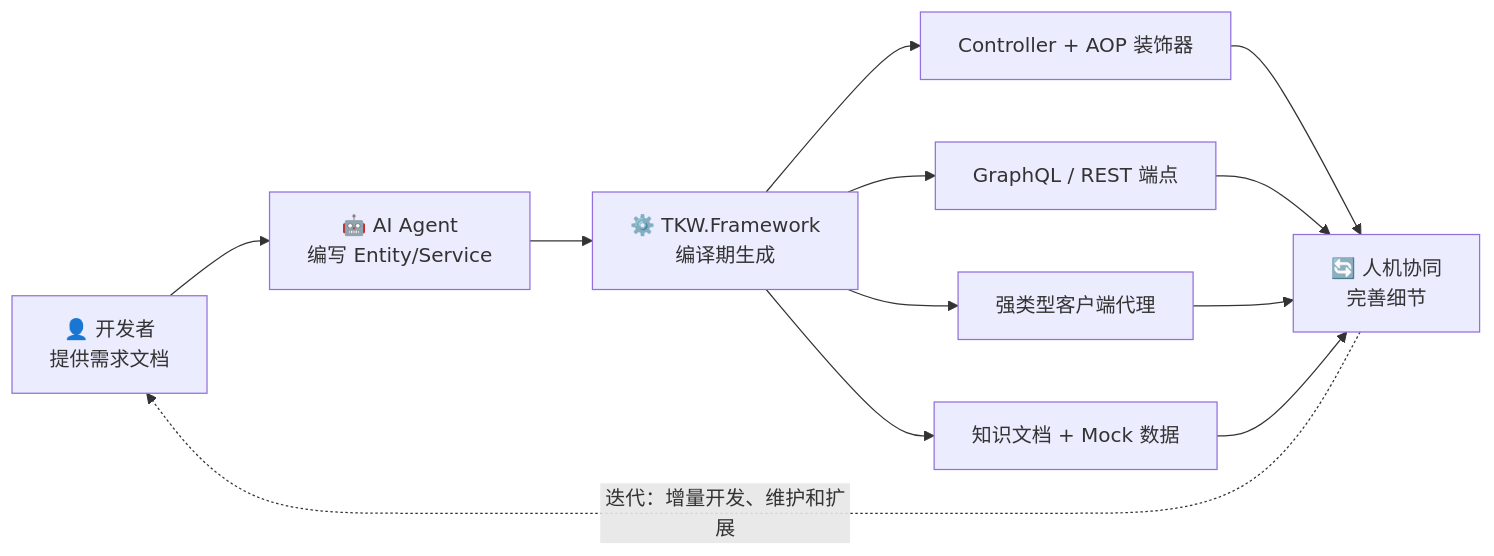
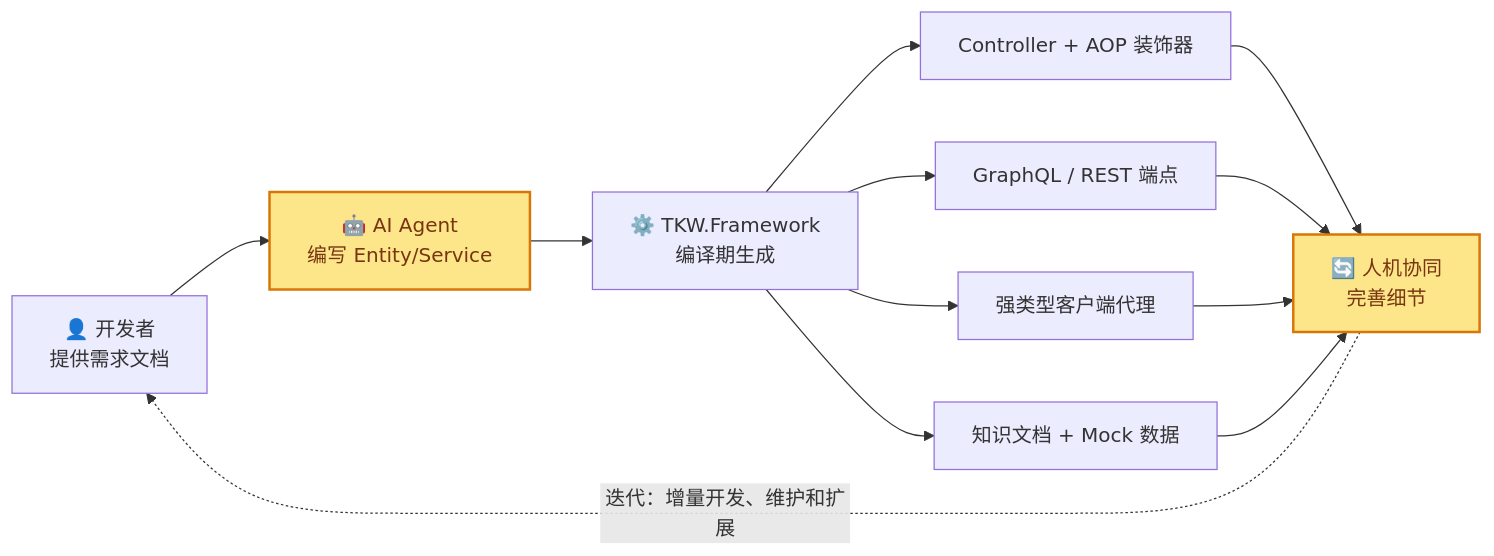
One commit to LoongBa/TKWF.Docs changed the diagram in docs/index.md. Above: the diagram before and after it, drawn with Mermaid. The commit also changed other lines of this file, not shown here.

````diff
--- a/docs/index.md
+++ b/docs/index.md
@@ -38,14 +58,16 @@
 ```mermaid
 graph LR
     A["👤 开发者<br/>提供需求文档"] --> B["🤖 AI Agent<br/>编写 Entity/Service"]
     B --> C["⚙️ TKW.Framework<br/>编译期生成"]
     C --> D["Controller + AOP 装饰器"]
     C --> E["GraphQL / REST 端点"]
     C --> F["强类型客户端代理"]
     C --> G["知识文档 + Mock 数据"]
     D --> H["🔄 人机协同<br/>完善细节"]
     E --> H
     F --> H
     G --> H
     H -. 迭代：增量开发、维护和扩展 .-> A
+    classDef agent fill:#fde68a,stroke:#d97706,stroke-width:2px,color:#78350f
+    class B,H agent
 ```
````
